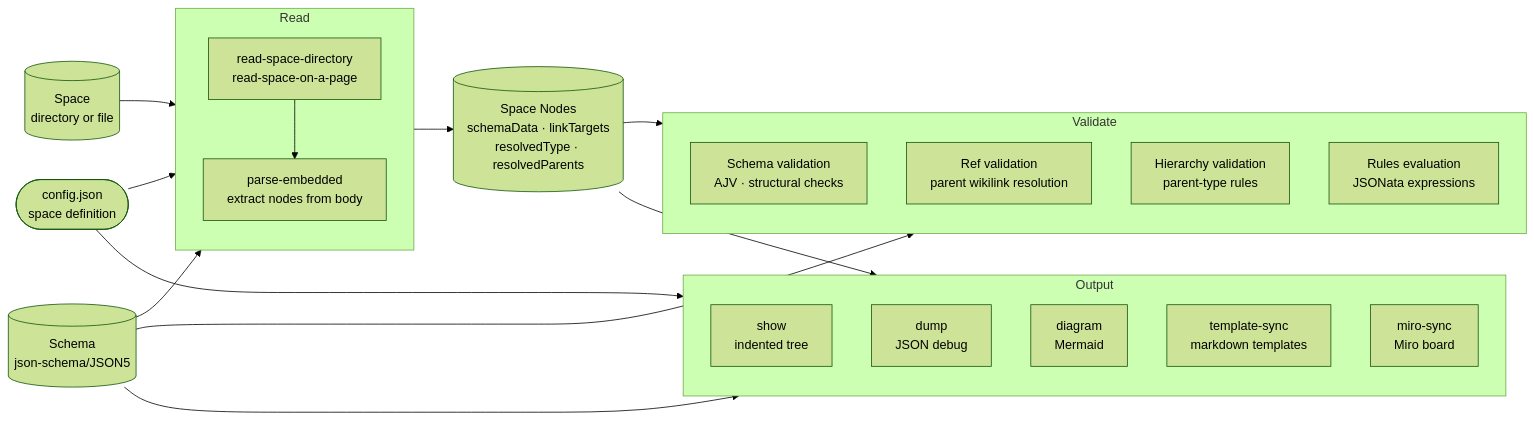
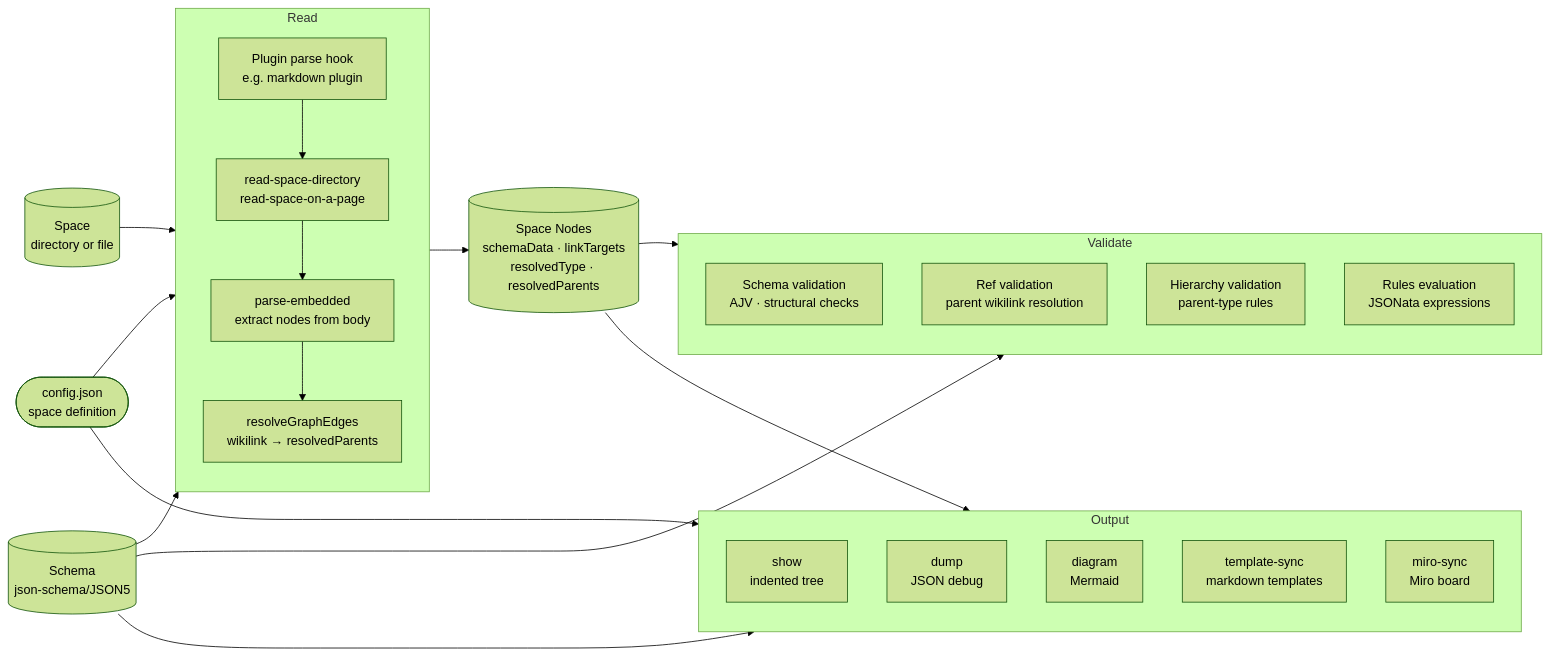
Before and after one commit to mindsocket/ost-tools: the first of 2 diagrams in docs/architecture.md, drawn with Mermaid (forest theme). The commit also changed other lines of this file and 17 other files, not shown here.

Commit message:
Improved plugin discovery and listing, fixed config path issues, fixed gaps in graph validation

````diff
--- a/docs/architecture.md
+++ b/docs/architecture.md
@@ -11,41 +11,45 @@
 ```mermaid
 flowchart LR
     config([config.json<br>space definition])
     schema[(Schema<br>json-schema/JSON5)]
     space[(Space<br>directory or file)]
 
     subgraph read [Read]
         direction TB
+        plugin[Plugin parse hook<br>e.g. markdown plugin]
         rdir[read-space-directory<br>read-space-on-a-page]
         embed[parse-embedded<br>extract nodes from body]
+        resolve[resolveGraphEdges<br>wikilink → resolvedParents]
+        plugin --> rdir
         rdir --> embed
+        embed --> resolve
     end
 
     nodes[(Space Nodes<br>schemaData · linkTargets<br>resolvedType · resolvedParents)]
 
     subgraph validate [Validate]
         direction TB
         schema_val[Schema validation<br>AJV · structural checks]
         ref_val[Ref validation<br>parent wikilink resolution]
         hier_val[Hierarchy validation<br>parent-type rules]
         rules_val[Rules evaluation<br>JSONata expressions]
     end
 
     subgraph output [Output]
         show[show<br>indented tree]
         dump[dump<br>JSON debug]
         diagram[diagram<br>Mermaid]
         tmpl[template-sync<br>markdown templates]
         miro[miro-sync<br>Miro board]
     end
 
     config --> read
     schema --> read
     space --> read
     read --> nodes
     nodes --> validate
     schema --> validate
     nodes --> output
     schema --> output
     config --> output
 ```
````
